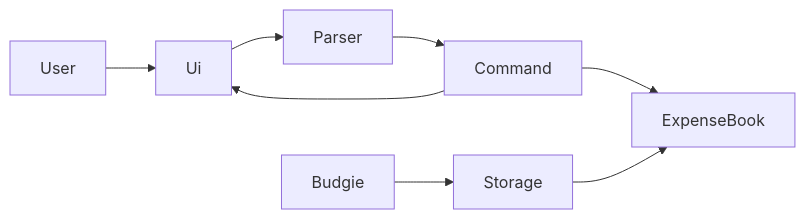
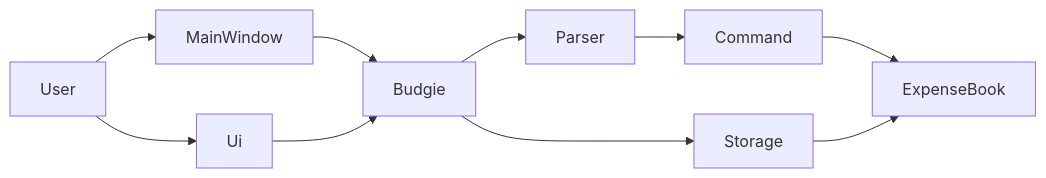
The diagram in docs/DeveloperGuide.md (josephkwok001/CS3227-2610-MP1), drawn with Mermaid before and after one commit. The commit also changed other lines of this file and 18 other files, not shown here.

````diff
--- a/docs/DeveloperGuide.md
+++ b/docs/DeveloperGuide.md
@@ -17,10 +17,12 @@
 ```mermaid
 flowchart LR
-  user[User] --> ui[Ui]
-  ui --> parser[Parser]
+  user[User] --> gui[MainWindow]
+  user --> cli[Ui]
+  gui --> budgie[Budgie]
+  cli --> budgie
+  budgie --> parser[Parser]
   parser --> command[Command]
   command --> book[ExpenseBook]
-  budgie[Budgie] --> storage[Storage]
+  budgie --> storage[Storage]
   storage --> book
-  command --> ui
 ```
````
